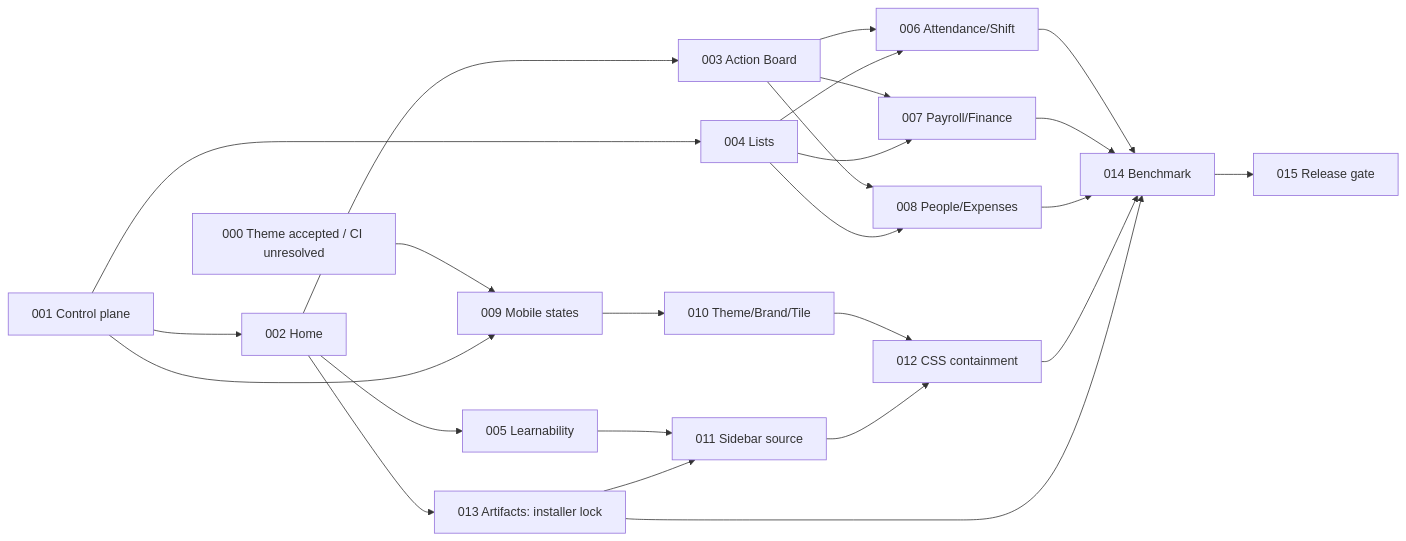
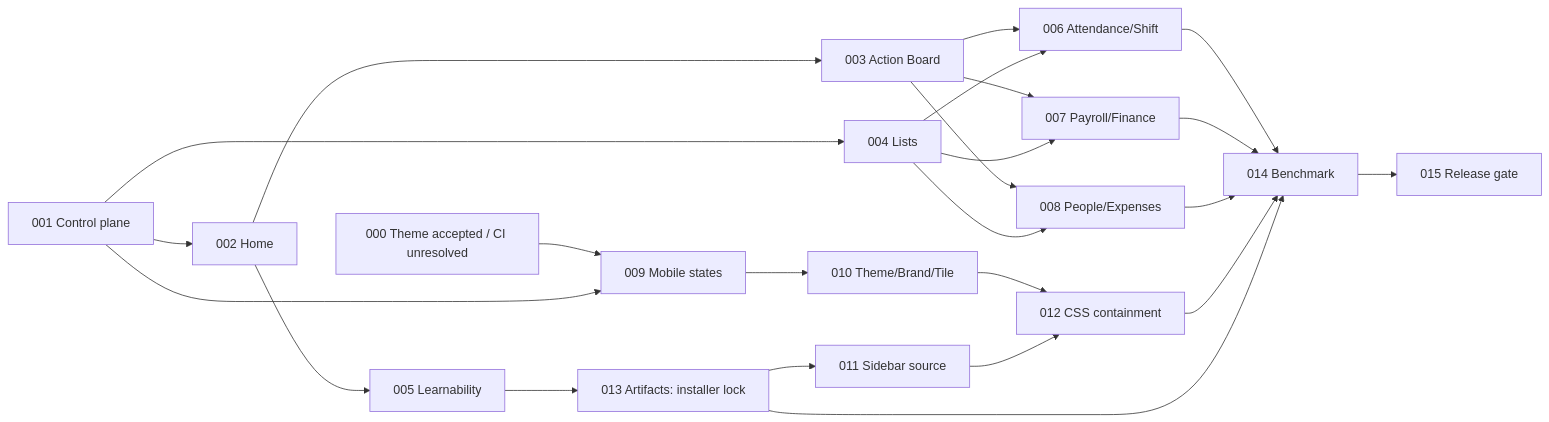
Before and after one commit to shamrat05/tradexcel-hr-v16: the diagram in tasks/ux_convergence/MASTER_PLAN.md, drawn with Mermaid. The commit also changed other lines of this file and 4 other files, not shown here.

````diff
--- a/tasks/ux_convergence/MASTER_PLAN.md
+++ b/tasks/ux_convergence/MASTER_PLAN.md
@@ -38,27 +38,26 @@
 ```mermaid
 flowchart LR
   T000[000 Theme accepted / CI unresolved] --> T009[009 Mobile states]
   T001[001 Control plane] --> T002[002 Home]
   T001 --> T004[004 Lists]
   T001 --> T009
   T002 --> T003[003 Action Board]
   T002 --> T005[005 Learnability]
-  T002 --> T013[013 Artifacts: installer lock]
+  T005 --> T013[013 Artifacts: installer lock]
   T003 --> T006[006 Attendance/Shift]
   T003 --> T007[007 Payroll/Finance]
   T003 --> T008[008 People/Expenses]
   T004 --> T006
   T004 --> T007
   T004 --> T008
   T009 --> T010[010 Theme/Brand/Tile]
-  T005 --> T011[011 Sidebar source]
-  T013 --> T011
+  T013 --> T011[011 Sidebar source]
   T010 --> T012[012 CSS containment]
   T011 --> T012
   T006 --> T014[014 Benchmark]
   T007 --> T014
   T008 --> T014
   T012 --> T014
   T013 --> T014
   T014 --> T015[015 Release gate]
 ```
````
